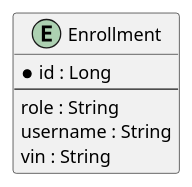
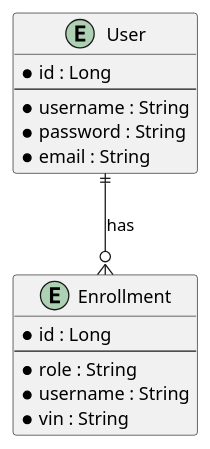
Before and after one commit to Dinesh-s95/AutoDoc.ai: the fourth of 4 diagrams in enrollment/documentation/detaileddesign.adoc, drawn with PlantUML. The commit also changed other lines of this file and 5 other files, not shown here.

```diff
--- a/enrollment/documentation/detaileddesign.adoc
+++ b/enrollment/documentation/detaileddesign.adoc
@@ -242,12 +234,22 @@
 [plantuml, er-diagram, png]
 ----
 @startuml
+entity "User" {
+    * id : Long
+    --
+    * username : String
+    * password : String
+    * email : String
+}
+
 entity "Enrollment" {
     * id : Long
-    ---
-    role : String
-    username : String
-    vin : String
+    --
+    * role : String
+    * username : String
+    * vin : String
 }
+
+User ||--o{ Enrollment : "has"
 @enduml
 ----
```
